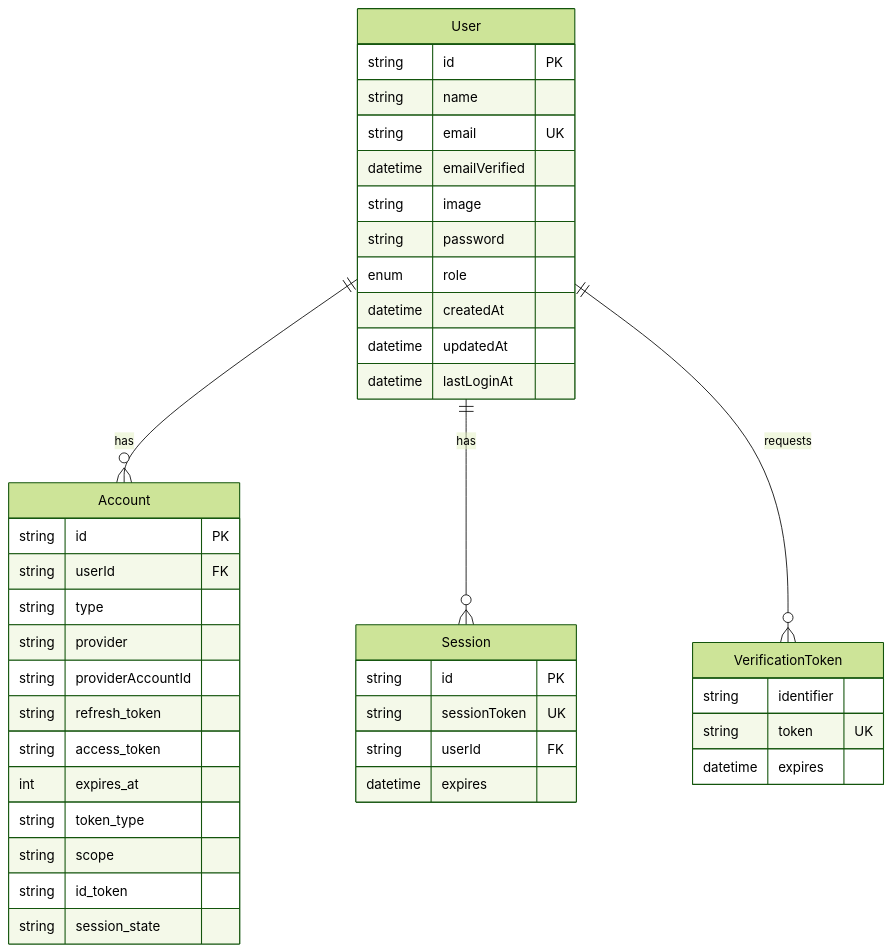
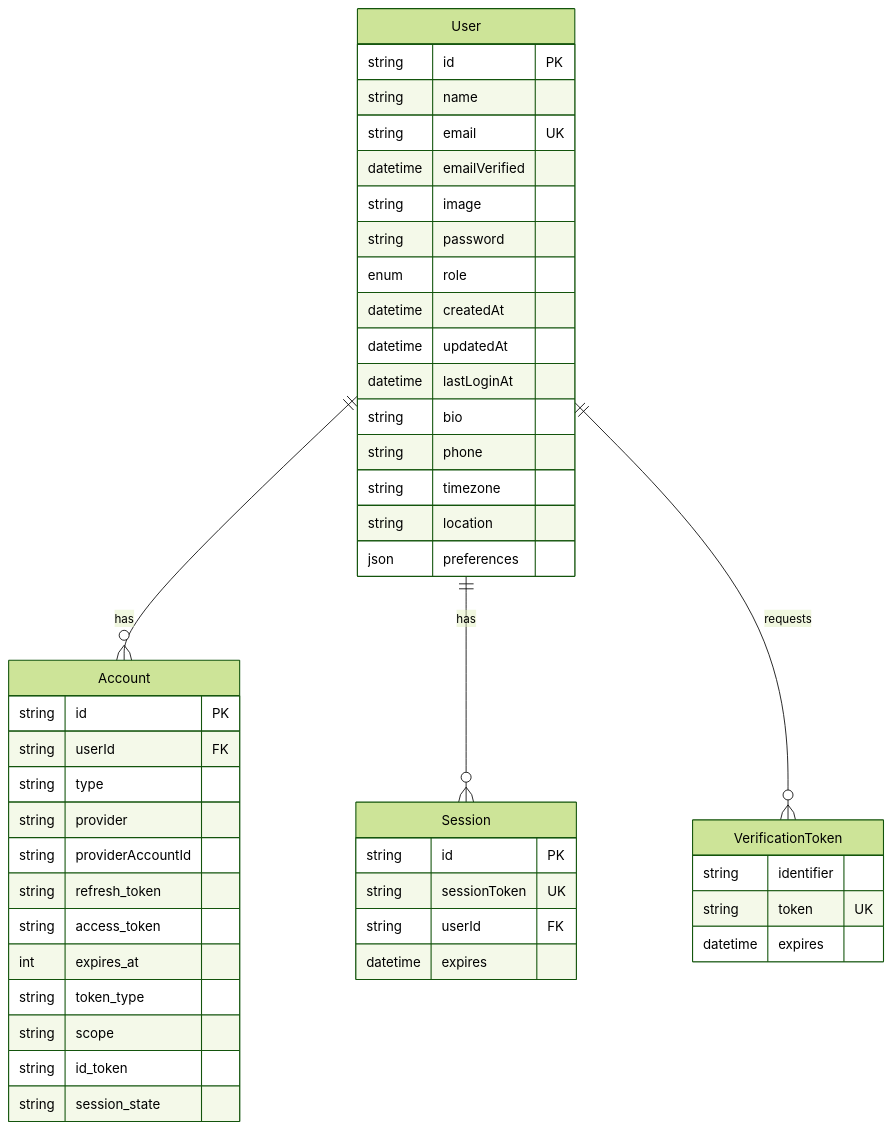
The diagram in .context/database/schema.md (human-centric-engineering/sunrise), drawn with Mermaid (forest theme) before and after one commit. The commit also changed other lines of this file and 36 other files, not shown here.

````diff
--- a/.context/database/schema.md
+++ b/.context/database/schema.md
@@ -9,46 +9,51 @@
 ```mermaid
 erDiagram
     User ||--o{ Account : "has"
     User ||--o{ Session : "has"
     User ||--o{ VerificationToken : "requests"
     User {
         string id PK
         string name
         string email UK
         datetime emailVerified
         string image
         string password
         enum role
         datetime createdAt
         datetime updatedAt
         datetime lastLoginAt
+        string bio
+        string phone
+        string timezone
+        string location
+        json preferences
     }
 
     Account {
         string id PK
         string userId FK
         string type
         string provider
         string providerAccountId
         string refresh_token
         string access_token
         int expires_at
         string token_type
         string scope
         string id_token
         string session_state
     }
 
     Session {
         string id PK
         string sessionToken UK
         string userId FK
         datetime expires
     }
 
     VerificationToken {
         string identifier
         string token UK
         datetime expires
     }
 ```
````
